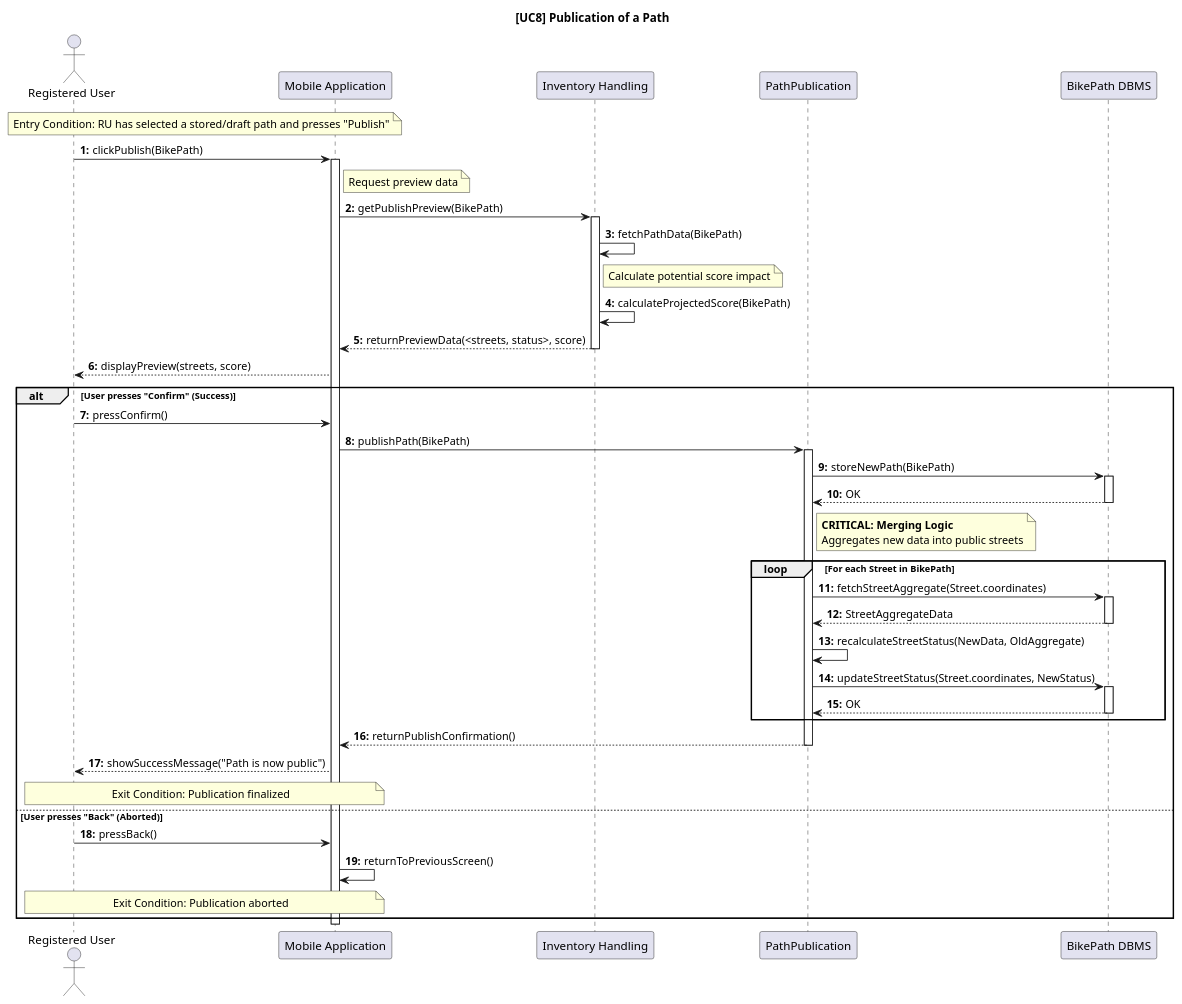
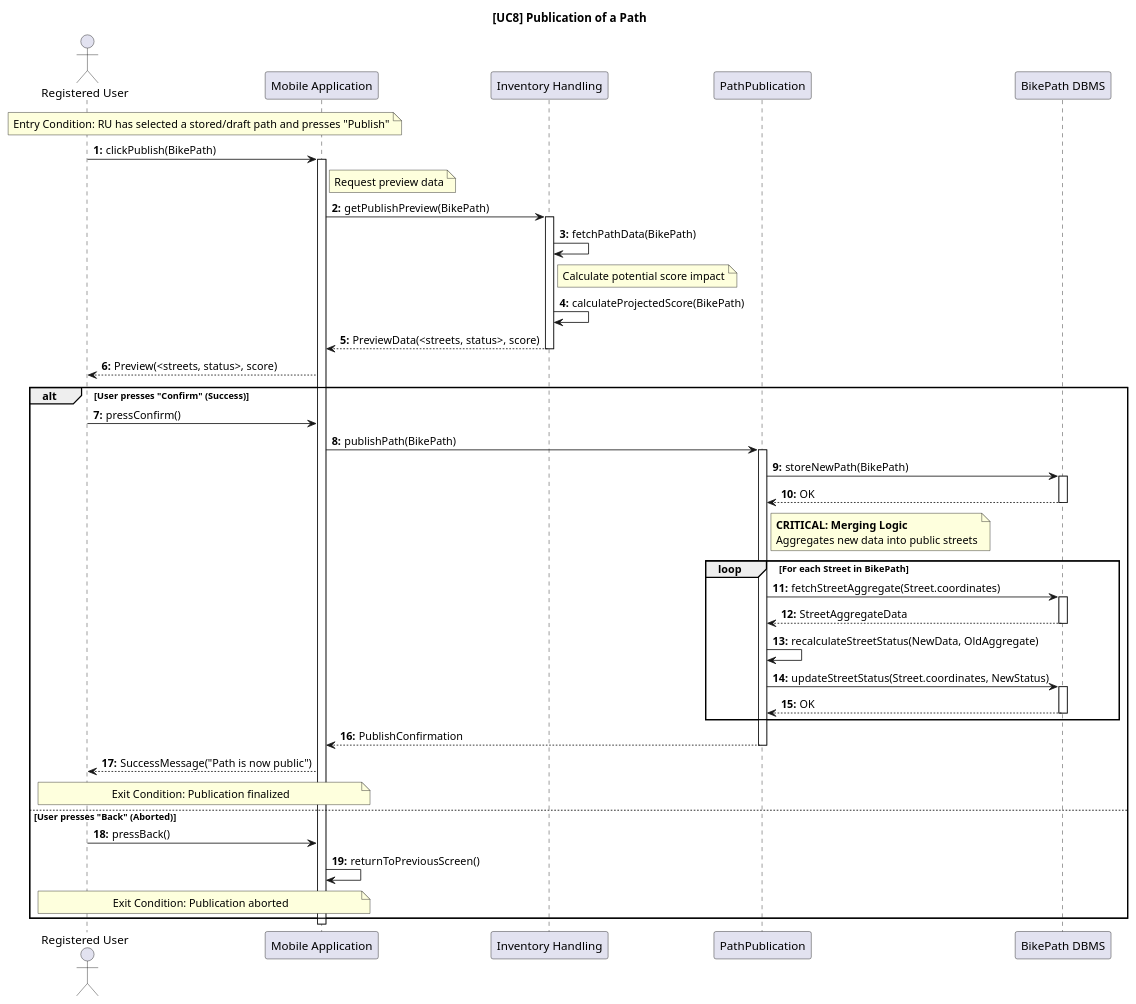
One commit to ilevinci/RubinoUvinsiVinciguerra changed the diagram in DD/sequencediagrams/usecase8.puml. Above: the diagram before and after it, drawn with PlantUML. The commit also changed 8 other files, not shown here.

Commit message:
further refactoring of DD sequence diagrams, more consistency of return values

```diff
--- a/DD/sequencediagrams/usecase8.puml
+++ b/DD/sequencediagrams/usecase8.puml
@@ -1,92 +1,92 @@
 @startuml UC8_PublicationPath_Design
 autonumber "<b>0:"
 title [UC8] Publication of a Path
 
 ' =======================================================
 ' COMPONENT DEFINITION
 ' =======================================================
 actor "Registered User" as RU
 participant "Mobile Application" as Client
 participant "Inventory Handling" as IH
 
 ' Backend System
 participant "PathPublication" as PM
 participant "BikePath DBMS" as DB
 
 ' =======================================================
 ' ENTRY CONDITION
 ' =======================================================
 note over RU, Client: Entry Condition: RU has selected a stored/draft path and presses "Publish"
 
 ' =======================================================
 ' (a) PREVIEW GENERATION
 ' =======================================================
 RU -> Client: clickPublish(BikePath)
 activate Client
 
 ' Il Client richiede i dati aggiornati per la preview (es. Score attuale)
 note right of Client: Request preview data
 Client -> IH: getPublishPreview(BikePath)
 activate IH
 
 ' Recupero dati grezzi
 IH -> IH: fetchPathData(BikePath)
 ' Calcolo preliminare dello score (Preview)
 note right of IH: Calculate potential score impact
 IH -> IH: calculateProjectedScore(BikePath)
 
-IH --> Client: returnPreviewData(<streets, status>, score)
+IH --> Client: PreviewData(<streets, status>, score)
 deactivate IH
 ' Visualizzazione
-Client --> RU: displayPreview(streets, score)
+Client --> RU: Preview(<streets, status>, score)
 
 ' =======================================================
 ' EXIT CONDITION: CONFIRM OR BACK
 ' =======================================================
 alt User presses "Confirm" (Success)
     RU -> Client: pressConfirm()
 
     
     Client -> PM: publishPath(BikePath)
     activate PM
 
     ' 1. Aggiornamento Visibilità
     PM -> DB: storeNewPath(BikePath)
     activate DB
     DB --> PM: OK
     deactivate DB
 
     ' 2. ESECUZIONE MERGING LOGIC (Core Business Logic)
     note right of PM: **CRITICAL: Merging Logic**\nAggregates new data into public streets
     
     loop For each Street in BikePath
         PM -> DB: fetchStreetAggregate(Street.coordinates)
         activate DB
         DB --> PM: StreetAggregateData
         deactivate DB
         
         PM -> PM: recalculateStreetStatus(NewData, OldAggregate)
         
         PM -> DB: updateStreetStatus(Street.coordinates, NewStatus)
         activate DB
         DB --> PM: OK
         deactivate DB
     end loop
 
     ' Risposta Finale
-    PM --> Client: returnPublishConfirmation()
+    PM --> Client: PublishConfirmation
     deactivate PM
     
-    Client --> RU: showSuccessMessage("Path is now public")
+    Client --> RU: SuccessMessage("Path is now public")
     note over RU, Client: Exit Condition: Publication finalized
 
 else User presses "Back" (Aborted)
     RU -> Client: pressBack()
     
     ' Nessuna interazione col server necessaria
     Client -> Client: returnToPreviousScreen()
     note over RU, Client: Exit Condition: Publication aborted
 end
 
 deactivate Client
 @enduml
```
